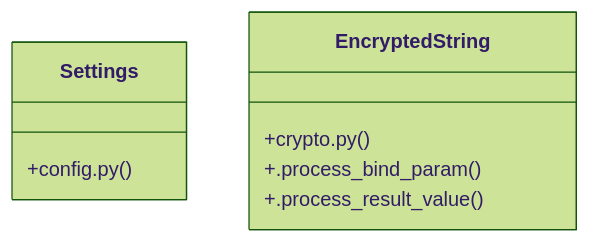
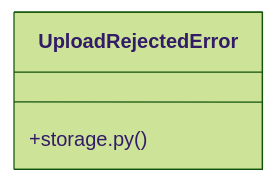
The diagram in graphify-out/wiki/[authenticate_admin()_&_make_admin()]_Cluster.md (adjanayo/synca_conf_back), drawn with Mermaid (forest theme) before and after one commit. The commit also changed other lines of this file and 75 other files, not shown here.

Commit message:
chore: update graphify knowledge graph

````diff
--- a/graphify-out/wiki/[authenticate_admin()_&_make_admin()]_Cluster.md
+++ b/graphify-out/wiki/[authenticate_admin()_&_make_admin()]_Cluster.md
@@ -36,11 +36,6 @@
 ```mermaid
 classDiagram
-    class Settings {
-        +config.py()
-    }
-    class EncryptedString {
-        +crypto.py()
-        +.process_bind_param()
-        +.process_result_value()
+    class UploadRejectedError {
+        +storage.py()
     }
 ```
````
